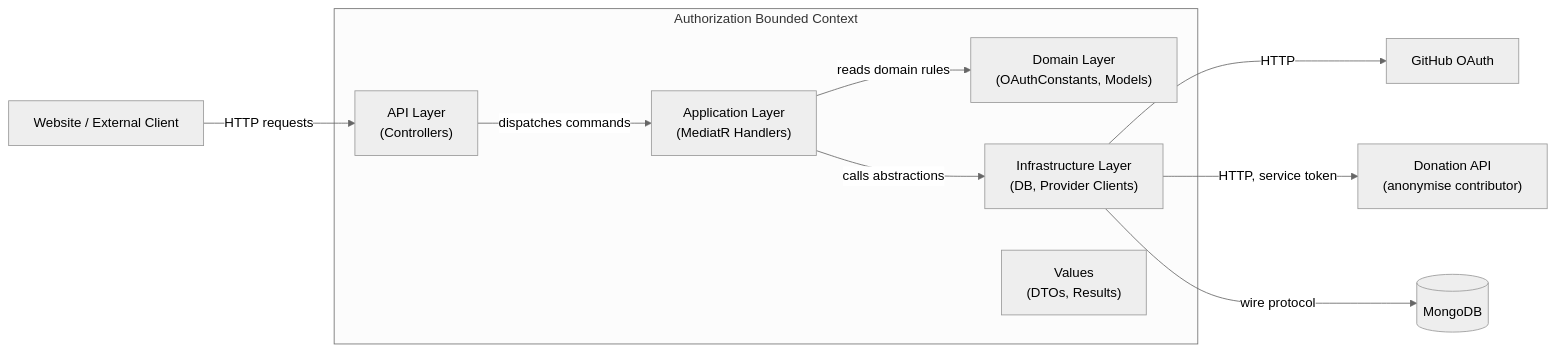
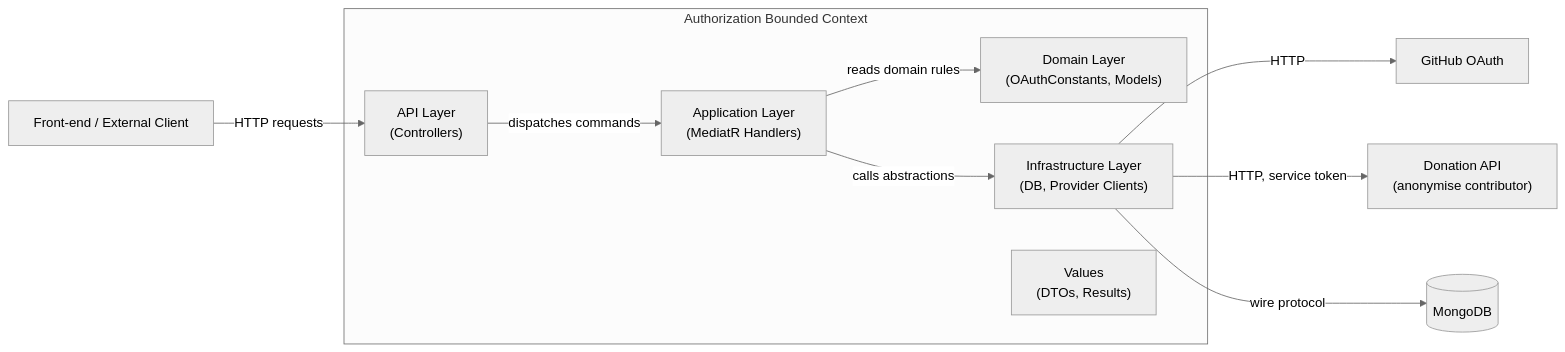
The second of 3 diagrams in docs/architecture/arc42/05-building-block-view.md (wouterfennis/TimeForCode), drawn with Mermaid (neutral theme) before and after one commit. The commit also changed other lines of this file and 142 other files, not shown here.

````diff
--- a/docs/architecture/arc42/05-building-block-view.md
+++ b/docs/architecture/arc42/05-building-block-view.md
@@ -40,24 +40,24 @@
 ```mermaid
 graph LR
     subgraph Authorization Bounded Context
         AuthAPI_Ctrl["API Layer\n(Controllers)"]
         AuthApp["Application Layer\n(MediatR Handlers)"]
         AuthDomain["Domain Layer\n(OAuthConstants, Models)"]
         AuthInfra["Infrastructure Layer\n(DB, Provider Clients)"]
         AuthValues["Values\n(DTOs, Results)"]
     end
 
-    Client["Website / External Client"]
+    Client["Front-end / External Client"]
     GitHub["GitHub OAuth"]
     DonationAPI["Donation API
 (anonymise contributor)"]
     MongoDB[("MongoDB")]
 
     Client -->|HTTP requests| AuthAPI_Ctrl
     AuthAPI_Ctrl -->|dispatches commands| AuthApp
     AuthApp -->|reads domain rules| AuthDomain
     AuthApp -->|calls abstractions| AuthInfra
     AuthInfra -->|HTTP| GitHub
     AuthInfra -->|HTTP, service token| DonationAPI
     AuthInfra -->|wire protocol| MongoDB
 ```
````
